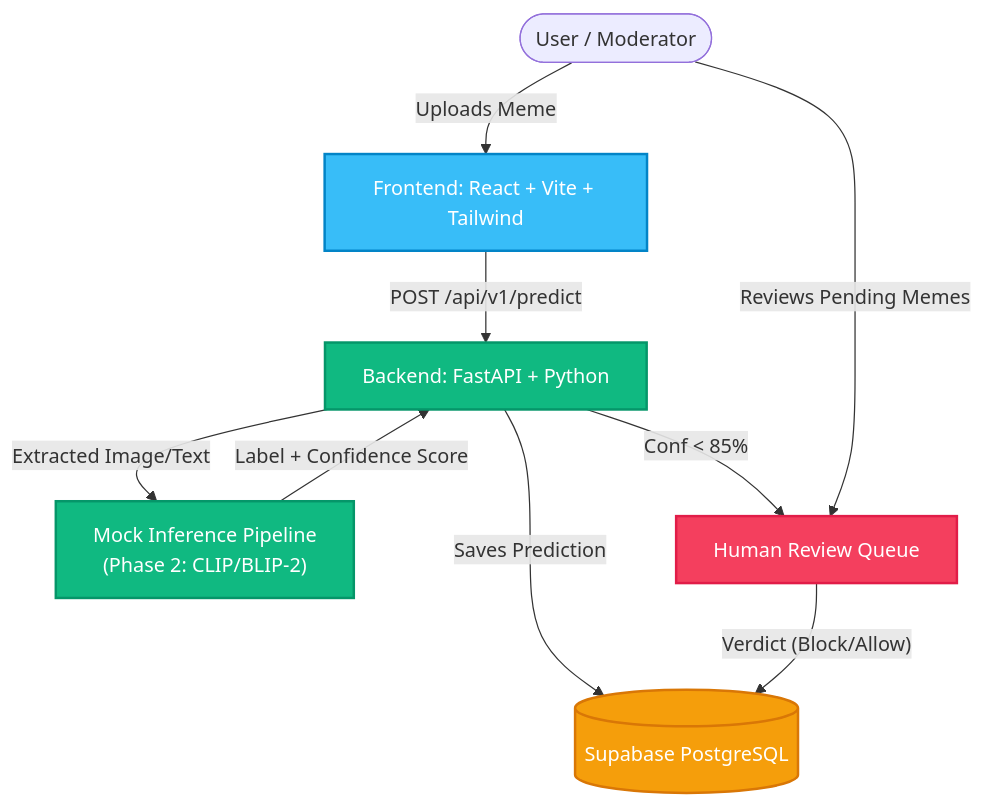
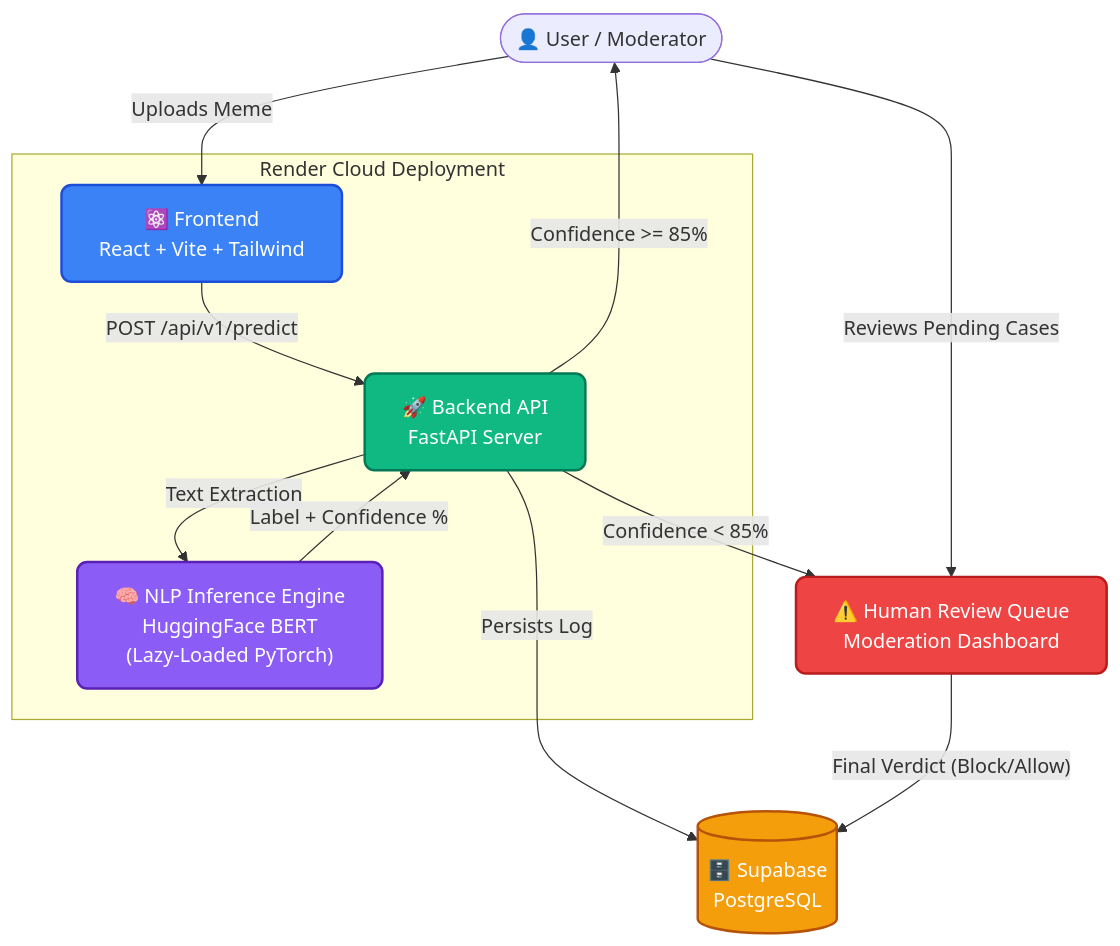
Before and after one commit to Rohit-more-05/Offense-Detection: the diagram in README.md, drawn with Mermaid. The commit also changed other lines of this file, not shown here.

Commit message:
docs: upgrade README with modern styling, badges, and updated architecture diagram

````diff
--- a/README.md
+++ b/README.md
@@ -10,27 +23,35 @@
 ```mermaid
 graph TD
     %% Define styles
-    classDef frontend fill:#38bdf8,stroke:#0284c7,stroke-width:2px,color:#fff;
-    classDef backend fill:#10b981,stroke:#059669,stroke-width:2px,color:#fff;
-    classDef db fill:#f59e0b,stroke:#d97706,stroke-width:2px,color:#fff;
-    classDef review fill:#f43f5e,stroke:#e11d48,stroke-width:2px,color:#fff;
+    classDef frontend fill:#3b82f6,stroke:#1d4ed8,stroke-width:2px,color:#fff,rx:8px,ry:8px;
+    classDef backend fill:#10b981,stroke:#047857,stroke-width:2px,color:#fff,rx:8px,ry:8px;
+    classDef ml fill:#8b5cf6,stroke:#5b21b6,stroke-width:2px,color:#fff,rx:8px,ry:8px;
+    classDef db fill:#f59e0b,stroke:#b45309,stroke-width:2px,color:#fff,rx:8px,ry:8px;
+    classDef queue fill:#ef4444,stroke:#b91c1c,stroke-width:2px,color:#fff,rx:8px,ry:8px;
+    classDef render fill:#000000,stroke:#46E3B7,stroke-width:2px,color:#fff;
 
     %% Nodes
-    User([User / Moderator])
-    UI[Frontend: React + Vite + Tailwind]:::frontend
-    API[Backend: FastAPI + Python]:::backend
-    ML["Mock Inference Pipeline<br/>(Phase 2: CLIP/BLIP-2)"]:::backend
-    DB[(Supabase PostgreSQL)]:::db
-    Queue[Human Review Queue]:::review
+    User([👤 User / Moderator])
+    
+    subgraph Render Cloud Deployment
+        UI[⚛️ Frontend<br/>React + Vite + Tailwind]:::frontend
+        API[🚀 Backend API<br/>FastAPI Server]:::backend
+        ML["🧠 NLP Inference Engine<br/>HuggingFace BERT<br/>(Lazy-Loaded PyTorch)"]:::ml
+    end
+
+    DB[(🗄️ Supabase<br/>PostgreSQL)]:::db
+    Queue[⚠️ Human Review Queue<br/>Moderation Dashboard]:::queue
 
     %% Relationships
-    User -- Uploads Meme --> UI
-    UI -- POST /api/v1/predict --> API
-    API -- Extracted Image/Text --> ML
-    ML -- Label + Confidence Score --> API
-    API -- Saves Prediction --> DB
+    User -- "Uploads Meme" --> UI
+    UI -- "POST /api/v1/predict" --> API
+    API -- "Text Extraction" --> ML
+    ML -- "Label + Confidence %" --> API
+    API -- "Persists Log" --> DB
     
-    API -- Conf < 85% --> Queue
-    User -- Reviews Pending Memes --> Queue
-    Queue -- Verdict (Block/Allow) --> DB
+    API -- "Confidence < 85%" --> Queue
+    API -- "Confidence >= 85%" --> User
+    
+    User -- "Reviews Pending Cases" --> Queue
+    Queue -- "Final Verdict (Block/Allow)" --> DB
 ```
````
